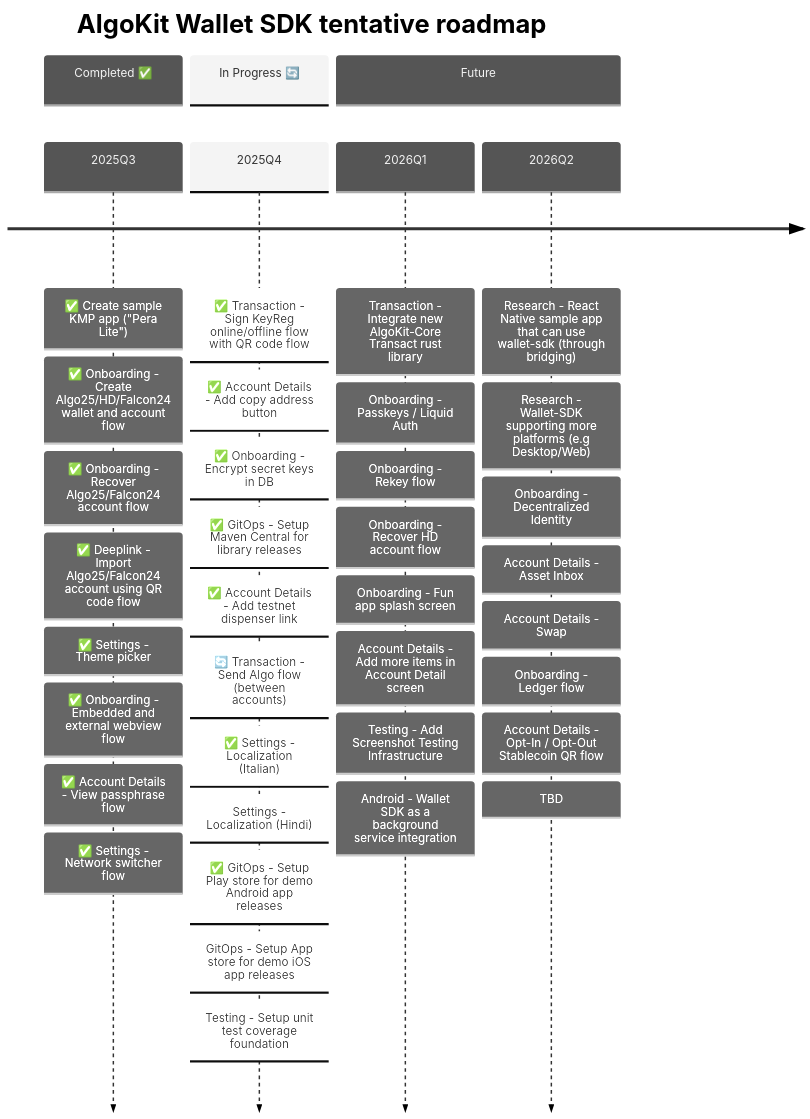
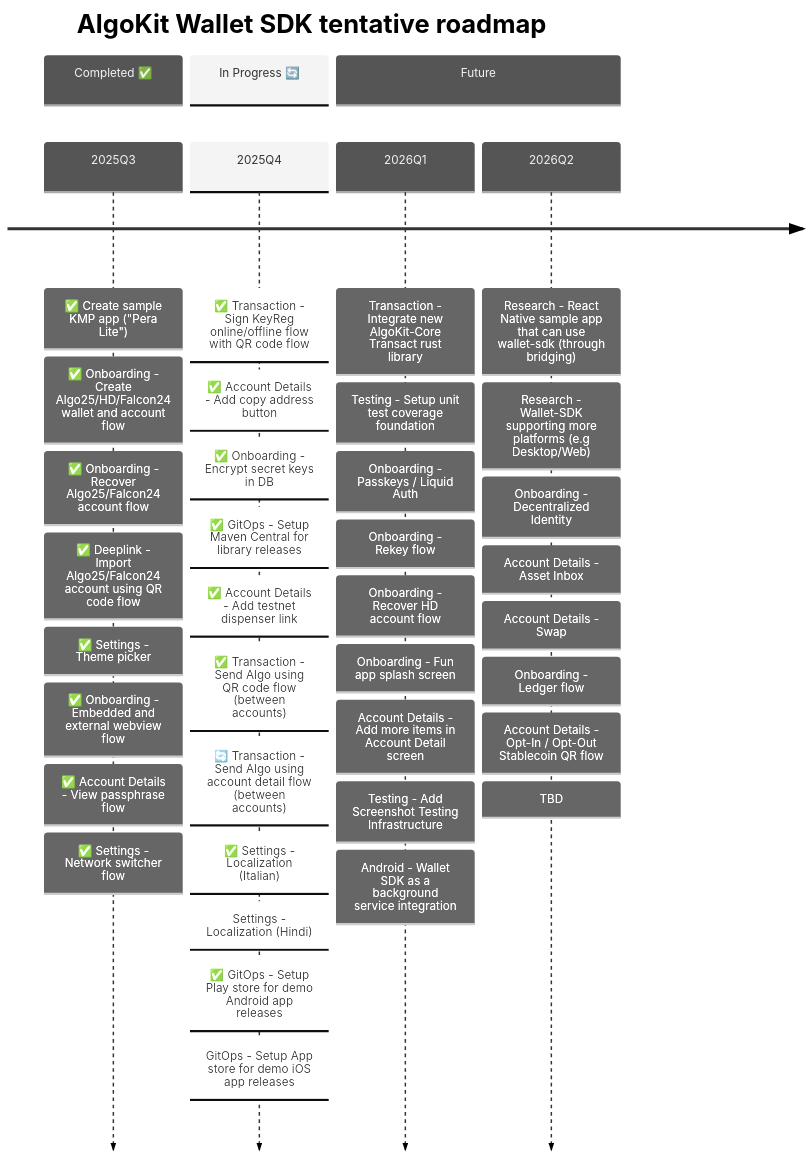
One commit to michaeltchuang/algokit-walletsdk-kmp changed the second of 3 diagrams in README.md. Above: the diagram before and after it, drawn with Mermaid. The commit also changed other lines of this file and 33 other files, not shown here.

Commit message:
feat: send algo using QR code flow (#119)

````diff
--- a/README.md
+++ b/README.md
@@ -67,49 +67,50 @@
 ```mermaid
 ---
 config:
   theme: 'neutral'
 ---
 timeline
     title AlgoKit Wallet SDK tentative roadmap
 
     section Completed ✅
     2025Q3  : ✅ Create sample KMP app ("Pera Lite")
             : ✅ Onboarding - Create Algo25/HD/Falcon24 wallet and account flow
             : ✅ Onboarding - Recover Algo25/Falcon24 account flow
             : ✅ Deeplink - Import Algo25/Falcon24 account using QR code flow
             : ✅ Settings - Theme picker
             : ✅ Onboarding - Embedded and external webview flow
             : ✅ Account Details - View passphrase flow
             : ✅ Settings - Network switcher flow
 
     section In Progress 🔄
     2025Q4  : ✅ Transaction - Sign KeyReg online/offline flow with QR code flow
             : ✅ Account Details - Add copy address button
             : ✅ Onboarding - Encrypt secret keys in DB
             : ✅ GitOps - Setup Maven Central for library releases
             : ✅ Account Details - Add testnet dispenser link
-            : 🔄 Transaction - Send Algo flow (between accounts)
+            : ✅ Transaction - Send Algo using QR code flow (between accounts)
+            : 🔄 Transaction - Send Algo using account detail flow (between accounts)
             : ✅ Settings - Localization (Italian)
             : Settings - Localization (Hindi)
             : ✅ GitOps - Setup Play store for demo Android app releases
             : GitOps - Setup App store for demo iOS app releases
-            : Testing - Setup unit test coverage foundation
 
     section Future
     2026Q1  : Transaction - Integrate new AlgoKit-Core Transact rust library
+            : Testing - Setup unit test coverage foundation
             : Onboarding - Passkeys / Liquid Auth
             : Onboarding - Rekey flow
             : Onboarding - Recover HD account flow
             : Onboarding - Fun app splash screen
             : Account Details - Add more items in Account Detail screen
             : Testing - Add Screenshot Testing Infrastructure
             : Android - Wallet SDK as a background service integration
     2026Q2  : Research - React Native sample app that can use wallet-sdk (through bridging)
             : Research - Wallet-SDK supporting more platforms (e.g Desktop/Web)
             : Onboarding - Decentralized Identity
             : Account Details - Asset Inbox
             : Account Details - Swap
             : Onboarding - Ledger flow
             : Account Details - Opt-In / Opt-Out Stablecoin QR flow
             : TBD
 ```
````
